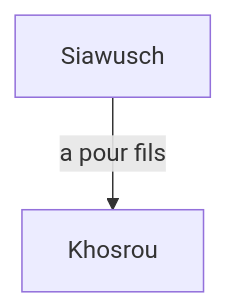
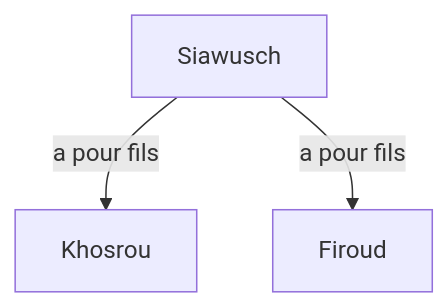
The diagram in src/graphs/khosrou/khosrou.mmd (hdorgeval/le-livre-des-rois), drawn with Mermaid before and after one commit. The commit also changed 5 other files, not shown here.

```diff
--- a/src/graphs/khosrou/khosrou.mmd
+++ b/src/graphs/khosrou/khosrou.mmd
@@ -1,2 +1,3 @@
 graph TD
 Siawusch --a pour fils--> Khosrou
+Siawusch --a pour fils--> Firoud
```
